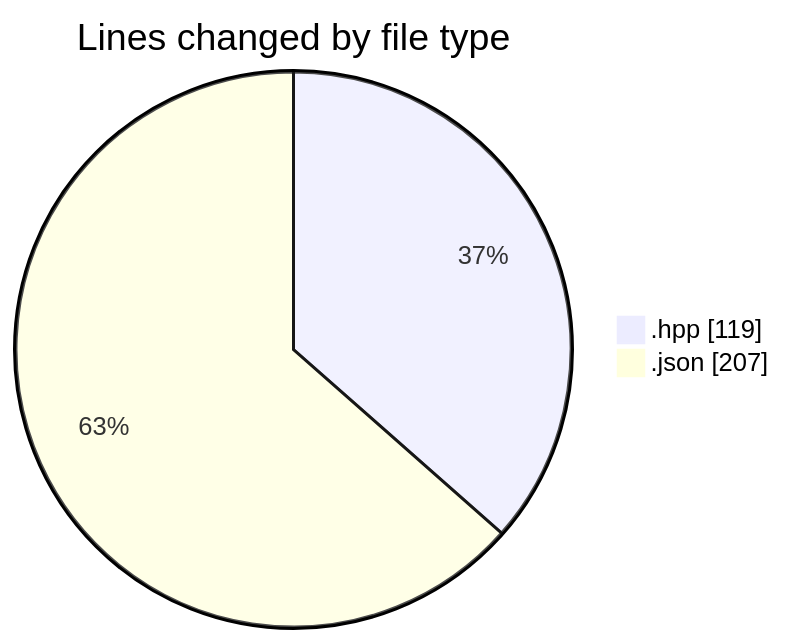
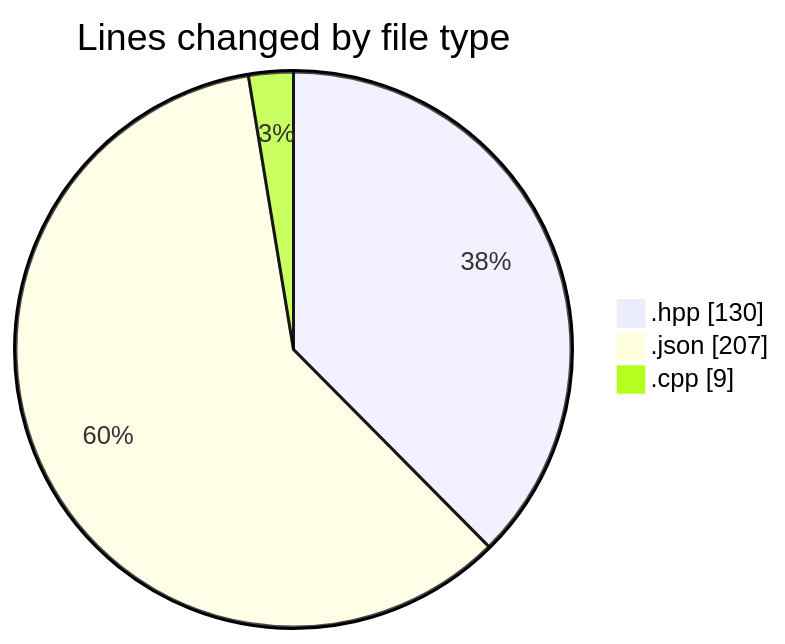
One commit to Netris89/code-tracking changed the first of 2 diagrams in 2025-04-29/date/README.md. Above: the diagram before and after it, drawn with Mermaid. The commit also changed other lines of this file and 1 other file, not shown here.

````diff
--- a/2025-04-29/date/README.md
+++ b/2025-04-29/date/README.md
@@ -21,6 +24,7 @@
 ```mermaid
 pie showData
 title Lines changed by file type
-".hpp" : 119
+".hpp" : 130
 ".json" : 207
+".cpp" : 9
 ```
````
